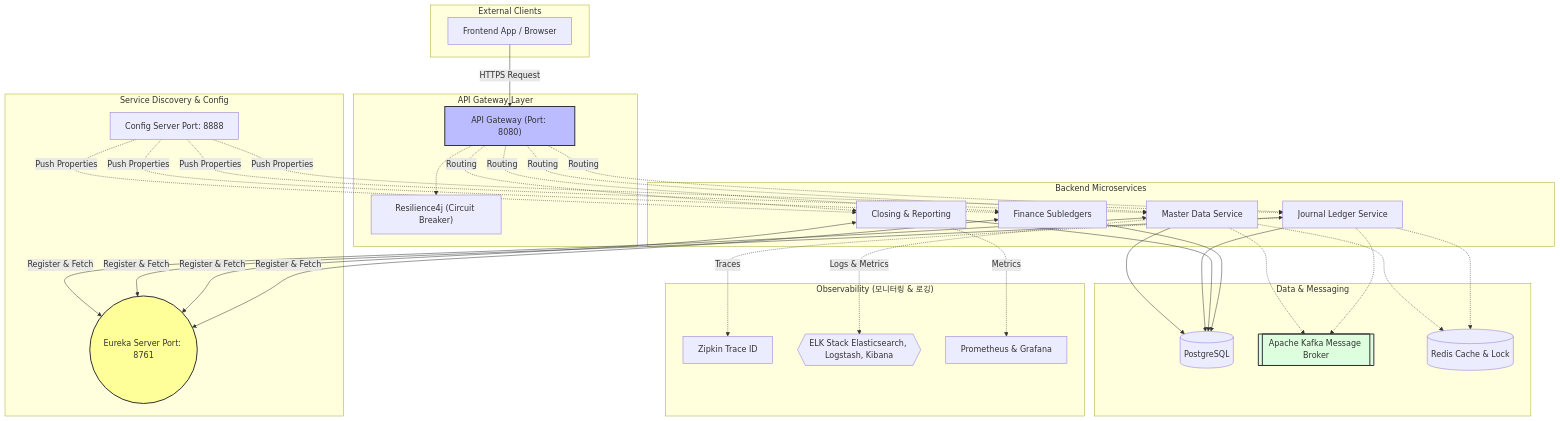
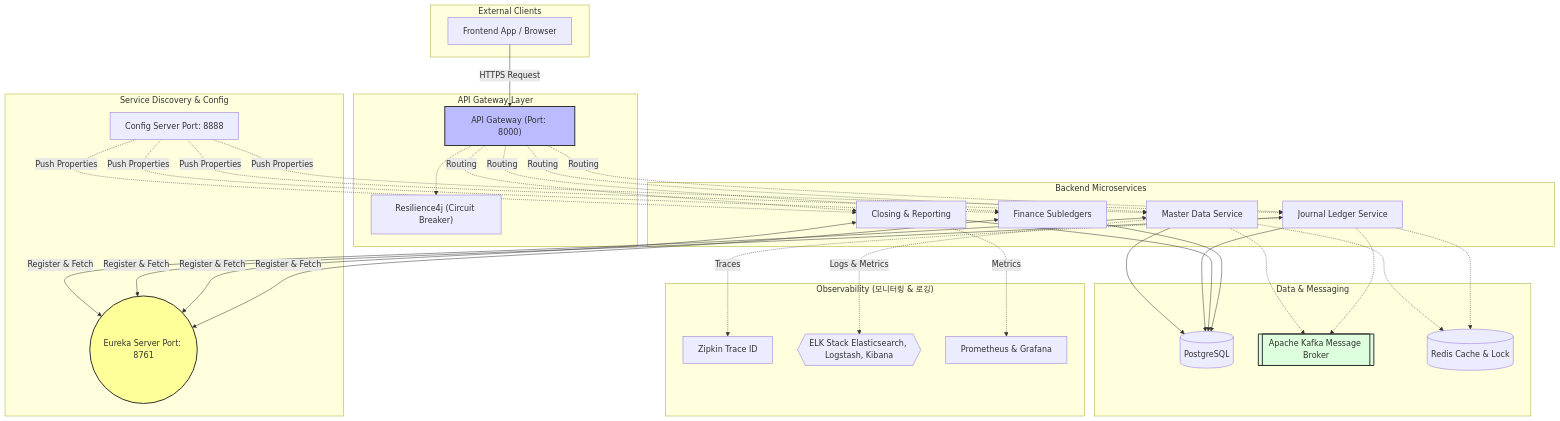
The second of 2 diagrams in README.md (skyg547/account), drawn with Mermaid before and after one commit. The commit also changed 55 other files, not shown here.

````diff
--- a/README.md
+++ b/README.md
@@ -112,72 +112,72 @@
 ```mermaid
 flowchart TD
     subgraph "External Clients"
         UI["Frontend App / Browser"]
     end
 
     subgraph "API Gateway Layer"
-        GW["API Gateway (Port: 8080)"]
+        GW["API Gateway (Port: 8000)"]
         CB["Resilience4j (Circuit Breaker)"]
         GW -.-> CB
     end
 
     subgraph "Service Discovery & Config"
         EUREKA(("Eureka Server Port: 8761"))
         CONFIG["Config Server Port: 8888"]
     end
 
     subgraph "Backend Microservices"
         MS1["Master Data Service"]
         MS2["Journal Ledger Service"]
         MS3["Closing & Reporting"]
         MS4["Finance Subledgers"]
     end
 
     subgraph "Data & Messaging"
         DB[("PostgreSQL")]
         KAFKA[["Apache Kafka Message Broker"]]
         REDIS[("Redis Cache & Lock")]
     end
 
     subgraph "Observability (모니터링 & 로깅)"
         ZIPKIN["Zipkin Trace ID"]
         ELK{{"ELK Stack Elasticsearch, Logstash, Kibana"}}
         PROM["Prometheus & Grafana"]
     end
 
     UI -->|HTTPS Request| GW
     
     GW -.->|Routing| MS1
     GW -.->|Routing| MS2
     GW -.->|Routing| MS3
     GW -.->|Routing| MS4
     
     MS1 <-->|Register & Fetch| EUREKA
     MS2 <-->|Register & Fetch| EUREKA
     MS3 <-->|Register & Fetch| EUREKA
     MS4 <-->|Register & Fetch| EUREKA
     
     CONFIG -.->|Push Properties| MS1
     CONFIG -.->|Push Properties| MS2
     CONFIG -.->|Push Properties| MS3
     CONFIG -.->|Push Properties| MS4
 
     MS1 --> DB
     MS2 --> DB
     MS3 --> DB
     MS4 --> DB
     
     MS1 -.-> KAFKA
     MS2 -.-> KAFKA
     
     MS1 -.-> REDIS
     MS2 -.-> REDIS
 
     MS1 -.->|Logs & Metrics| ELK
     MS2 -.->|Traces| ZIPKIN
     MS3 -.->|Metrics| PROM
     
     style EUREKA fill:#ff9,stroke:#333,stroke-width:2px
     style GW fill:#bbf,stroke:#333,stroke-width:2px
     style KAFKA fill:#dfd,stroke:#333,stroke-width:2px
 ```
````
